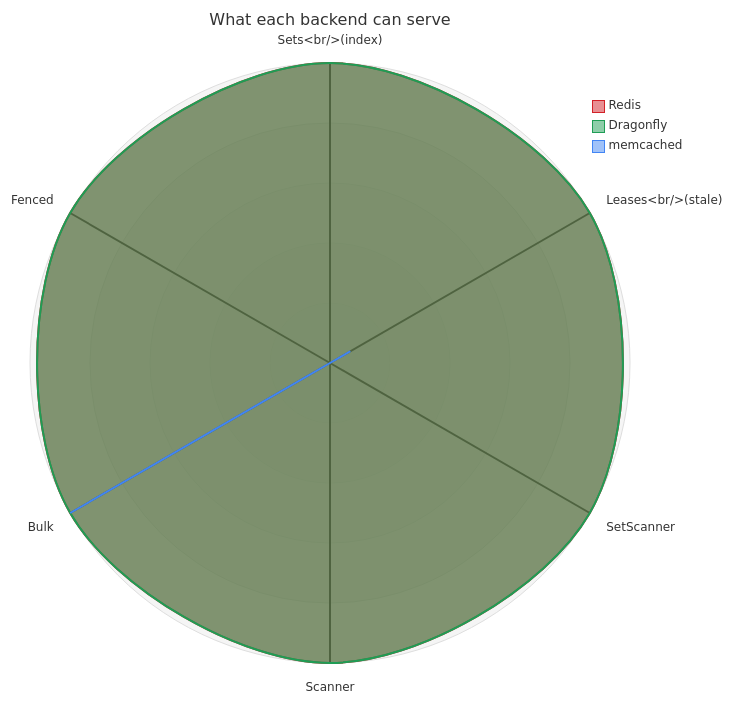
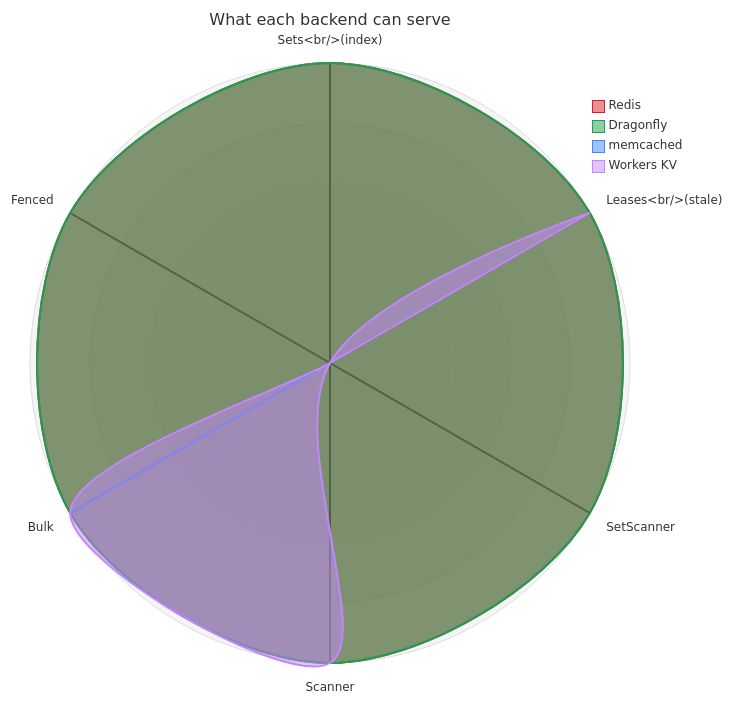
Before and after one commit to the-protobuf-project/cache: the second of 5 diagrams in README.md, drawn with Mermaid. The commit also changed other lines of this file and 1 other file, not shown here.

First line of the commit message:
docs: Workers KV in the backend capabilities (#15)

````diff
--- a/README.md
+++ b/README.md
@@ -495,20 +495,21 @@
 ```mermaid
 ---
 title: "What each backend can serve"
 config:
   themeVariables:
     cScale0: "#D22128"
     cScale1: "#1F9D55"
     cScale2: "#4285F4"
 ---
 radar-beta
   axis sets["Sets<br/>(index)"], leases["Leases<br/>(stale)"], setscan["SetScanner"]
   axis scan["Scanner"], bulk["Bulk"], fenced["Fenced"]
 
   curve redis["Redis"]{1, 1, 1, 1, 1, 1}
   curve dragonfly["Dragonfly"]{1, 1, 1, 1, 1, 1}
   curve memcached["memcached"]{0, 0, 0, 0, 1, 0}
+  curve workerskv["Workers KV"]{0, 1, 0, 1, 1, 0}
 
   max 1
   min 0
 ```
````
